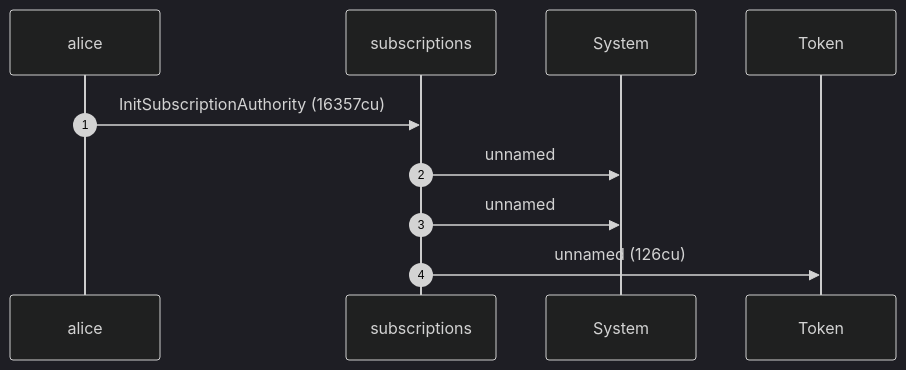
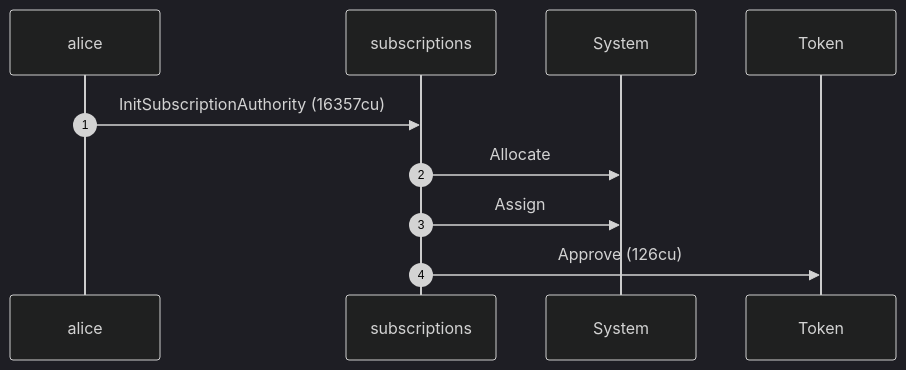
Before and after one commit to cds-rs/subscriptions: the first of 4 diagrams in dsl_tests/survive-an-over-funded-pda.md, drawn with Mermaid (dark theme). The commit also changed other lines of this file and 219 other files, not shown here.

````diff
--- a/dsl_tests/survive-an-over-funded-pda.md
+++ b/dsl_tests/survive-an-over-funded-pda.md
@@ -25,12 +25,12 @@
 ```mermaid
 sequenceDiagram
     autonumber
     participant alice
     participant subscriptions
     participant System
     participant Token
     alice ->> subscriptions: InitSubscriptionAuthority (16357cu)
-    subscriptions ->> System: unnamed
-    subscriptions ->> System: unnamed
-    subscriptions ->> Token: unnamed (126cu)
+    subscriptions ->> System: Allocate
+    subscriptions ->> System: Assign
+    subscriptions ->> Token: Approve (126cu)
 ```
````
